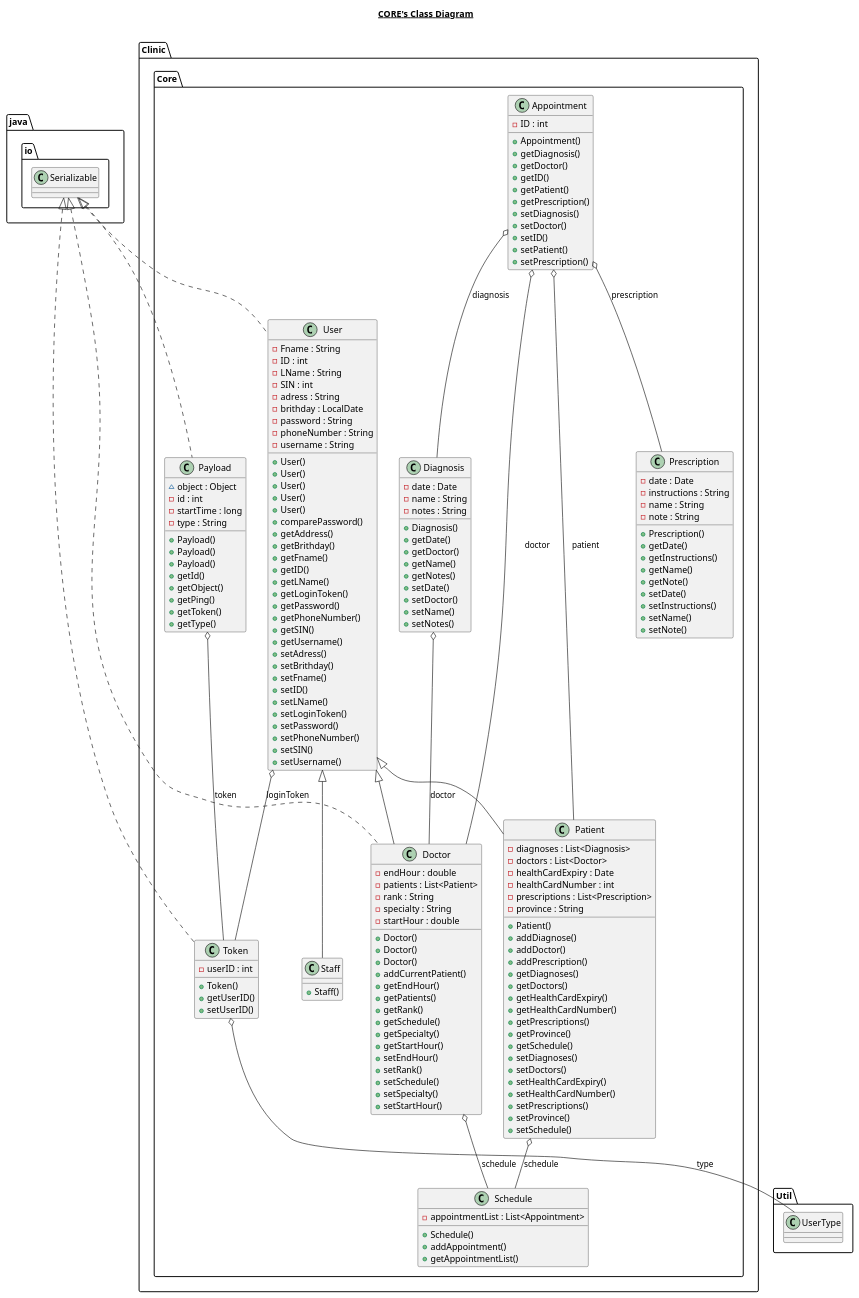
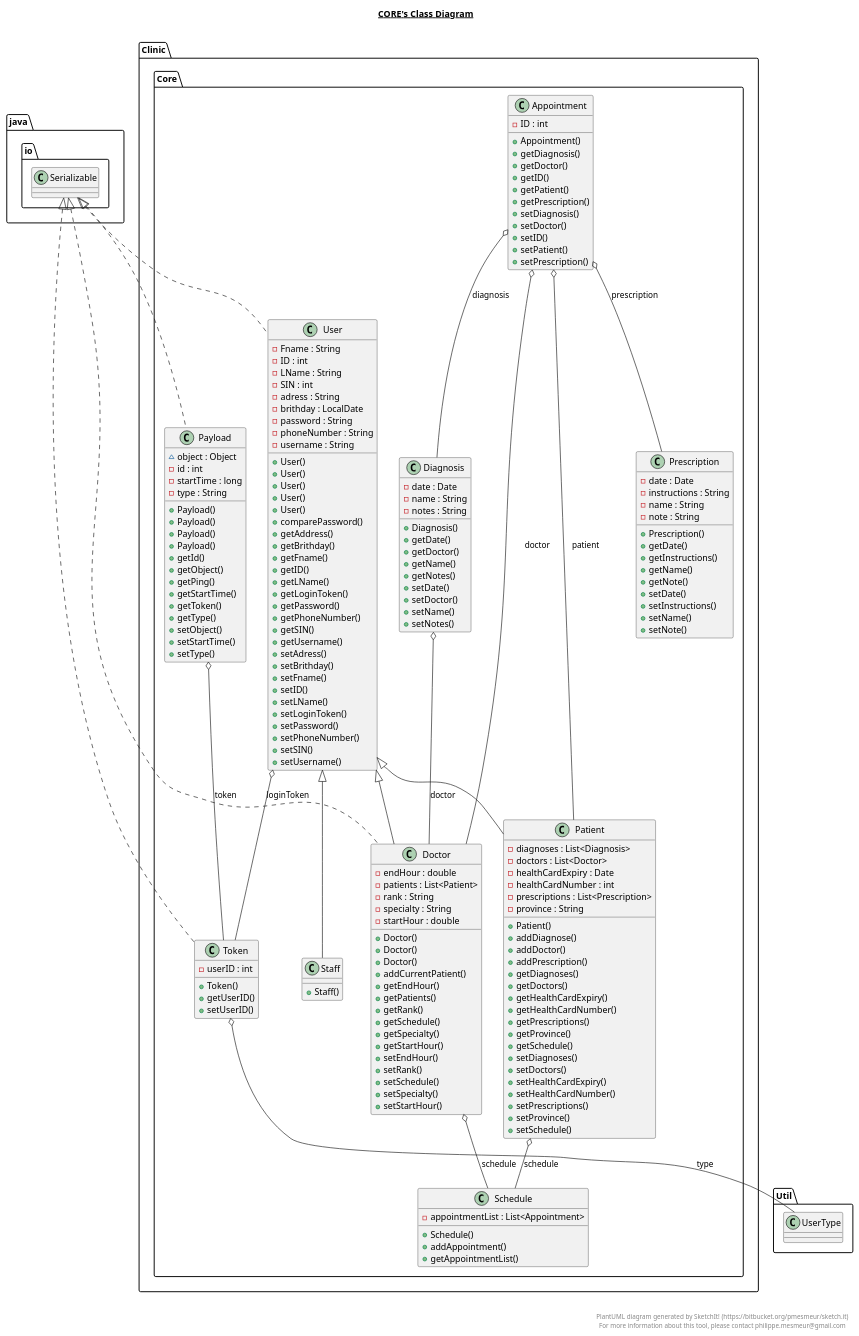
The diagram in src/Clinic/Core/Core.plantuml (AidanJohnston/Omar), drawn with PlantUML before and after one commit. The commit also changed 8 other files, not shown here.

Commit message:
PlantUML

```diff
--- a/src/Clinic/Core/Core.plantuml
+++ b/src/Clinic/Core/Core.plantuml
@@ -103,11 +103,16 @@
         + Payload()
         + Payload()
         + Payload()
+        + Payload()
         + getId()
         + getObject()
         + getPing()
+        + getStartTime()
         + getToken()
         + getType()
+        + setObject()
+        + setStartTime()
+        + setType()
     }
   }
   
@@ -218,5 +223,11 @@
   Clinic.Core.User o-- Clinic.Core.Token : loginToken
 
 
+right footer
+
+
+PlantUML diagram generated by SketchIt! (https://bitbucket.org/pmesmeur/sketch.it)
+For more information about this tool, please contact philippe.mesmeur@gmail.com
+endfooter
 
 @enduml
```
